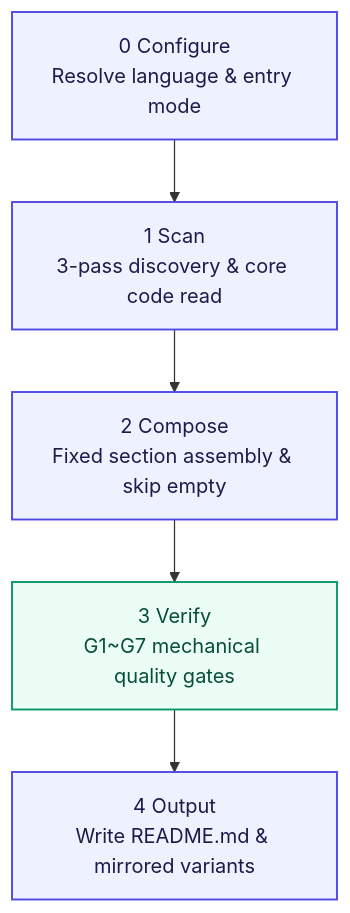
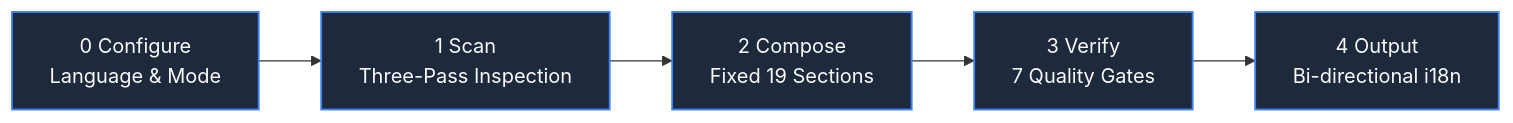
Before and after one commit to LINJIANG12/general-readme-skill: the diagram in README.en.md, drawn with Mermaid. The commit also changed other lines of this file and 4 other files, not shown here.

````diff
--- a/README.en.md
+++ b/README.en.md
@@ -187,13 +136,9 @@
 ```mermaid
-flowchart TD
-    classDef step fill:#EEF2FF,stroke:#4F46E5,stroke-width:1.5px,color:#1E1B4B;
-    classDef gate fill:#ECFDF5,stroke:#059669,stroke-width:1.5px,color:#064E3B;
+flowchart LR
+    P0["0 Configure<br/>Language & Mode"] --> P1["1 Scan<br/>Three-Pass Inspection"]
+    P1 --> P2["2 Compose<br/>Fixed 19 Sections"]
+    P2 --> P3["3 Verify<br/>7 Quality Gates"]
+    P3 --> P4["4 Output<br/>Bi-directional i18n"]
 
-    P0["0 Configure<br/>Resolve language & entry mode"]:::step
-    P1["1 Scan<br/>3-pass discovery & core code read"]:::step
-    P2["2 Compose<br/>Fixed section assembly & skip empty"]:::step
-    P3["3 Verify<br/>G1~G7 mechanical quality gates"]:::gate
-    P4["4 Output<br/>Write README.md & mirrored variants"]:::step
-
-    P0 --> P1 --> P2 --> P3 --> P4
+    classDef default fill:#1e293b,stroke:#3b82f6,stroke-width:1.5px,color:#f8fafc;
 ```
````
